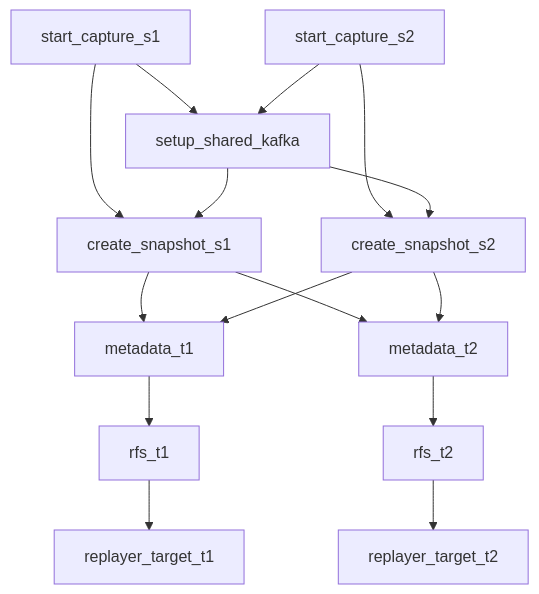
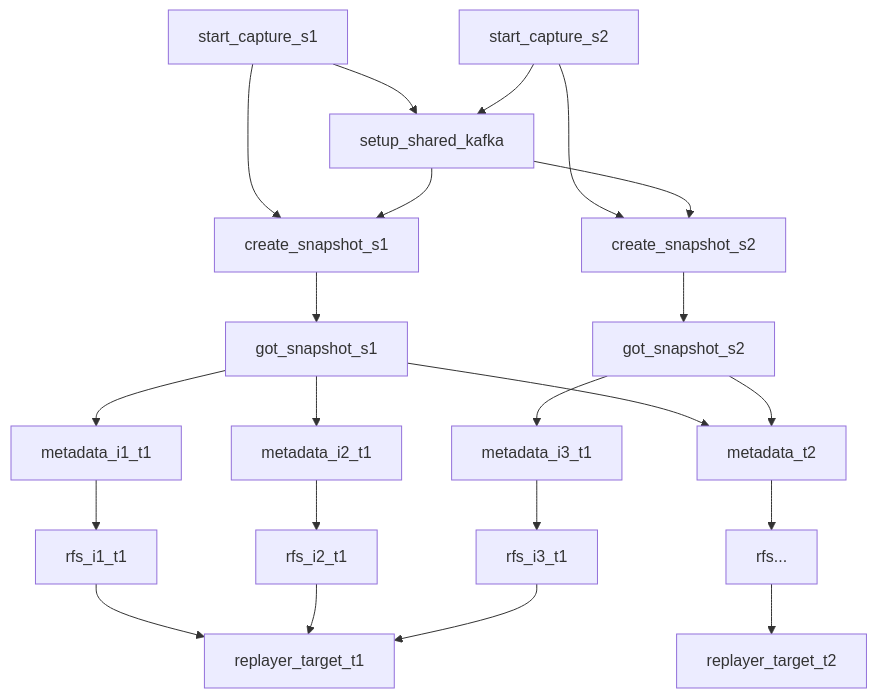
The third of 4 diagrams in TrafficCapture/dockerSolution/src/main/docker/migrationConsole/workflows/README.md (opensearch-project/opensearch-migrations), drawn with Mermaid before and after one commit. The commit also changed other lines of this file and 5 other files, not shown here.

Commit message:
Checkpoint commit - the fanIn.yaml template demonstrates how to run a pipeline of parallel tasks, then as soon as a target's work has been completed, run a final per-target stage. I'm using etcd to coordinate to know when a target is complete, so I've had to update the helm chart.

````diff
--- a/TrafficCapture/dockerSolution/src/main/docker/migrationConsole/workflows/README.md
+++ b/TrafficCapture/dockerSolution/src/main/docker/migrationConsole/workflows/README.md
@@ -55,24 +55,25 @@
 ```mermaid
 flowchart
     start_capture_s1 --> create_snapshot_s1
     start_capture_s1 --> setup_shared_kafka --> create_snapshot_s1
+    create_snapshot_s1 --> got_snapshot_s1
+
+    got_snapshot_s1 --> metadata_i1_t1 --> rfs_i1_t1
+    got_snapshot_s1 --> metadata_i2_t1 --> rfs_i2_t1
+    got_snapshot_s2 --> metadata_i3_t1 --> rfs_i3_t1
     
-    create_snapshot_s1 --> metadata_t1
-
-    metadata_t1 --> rfs_t1
-    
-    create_snapshot_s2 --> metadata_t1
-    
-    rfs_t1 --> replayer_target_t1
+    rfs_i1_t1 --> replayer_target_t1
+    rfs_i2_t1 --> replayer_target_t1
+    rfs_i3_t1 --> replayer_target_t1
 
 
-    create_snapshot_s1 --> metadata_t2
+    got_snapshot_s1 --> metadata_t2
 
     start_capture_s2 --> create_snapshot_s2
     start_capture_s2 --> setup_shared_kafka --> create_snapshot_s2
     
-    create_snapshot_s2 --> metadata_t2
-    metadata_t2 --> rfs_t2
+    create_snapshot_s2 --> got_snapshot_s2 --> metadata_t2
+    metadata_t2 --> rfs_t2[rfs...]
 
     rfs_t2 --> replayer_target_t2
 ```
````
